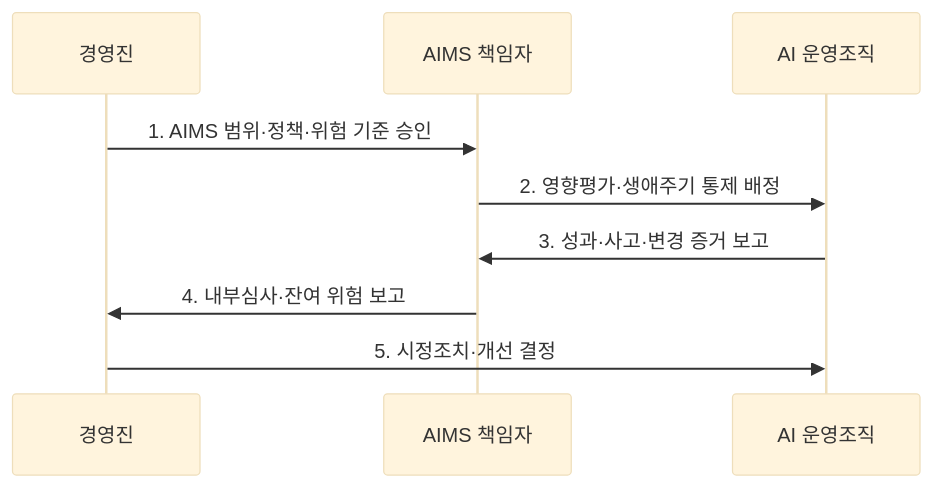
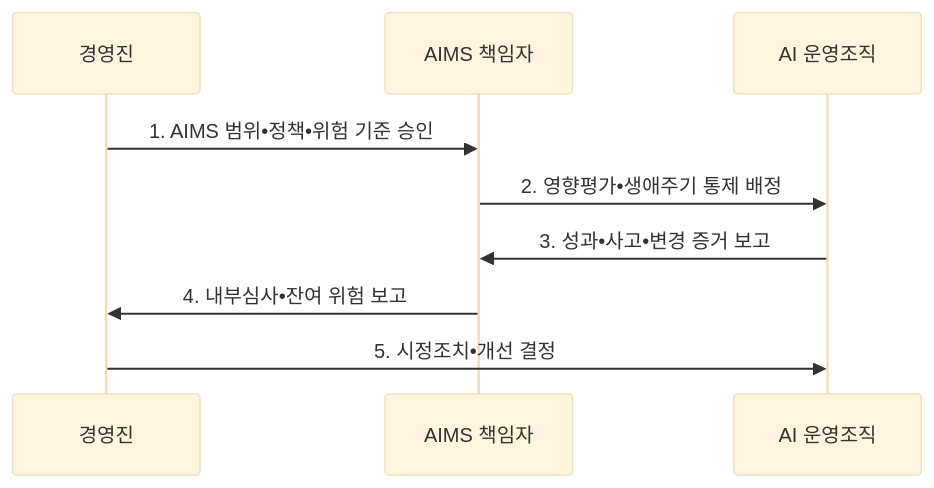
One commit to agnusdei1207/knowledge-base changed the second of 2 diagrams in src/content/docs/notes/07-law-policy/031_iso_42001.md. Above: the diagram before and after it, drawn with Mermaid (base theme). The commit also changed other lines of this file and 953 other files, not shown here.

````diff
--- a/src/content/docs/notes/07-law-policy/031_iso_42001.md
+++ b/src/content/docs/notes/07-law-policy/031_iso_42001.md
@@ -109,11 +109,11 @@
 ```mermaid
 sequenceDiagram
     participant M as 경영진
     participant A as AIMS 책임자
     participant O as AI 운영조직
-    M->>A: 1. AIMS 범위·정책·위험 기준 승인
-    A->>O: 2. 영향평가·생애주기 통제 배정
-    O->>A: 3. 성과·사고·변경 증거 보고
-    A->>M: 4. 내부심사·잔여 위험 보고
-    M->>O: 5. 시정조치·개선 결정
+    M->>A: 1. AIMS 범위•정책•위험 기준 승인
+    A->>O: 2. 영향평가•생애주기 통제 배정
+    O->>A: 3. 성과•사고•변경 증거 보고
+    A->>M: 4. 내부심사•잔여 위험 보고
+    M->>O: 5. 시정조치•개선 결정
 ```
````
